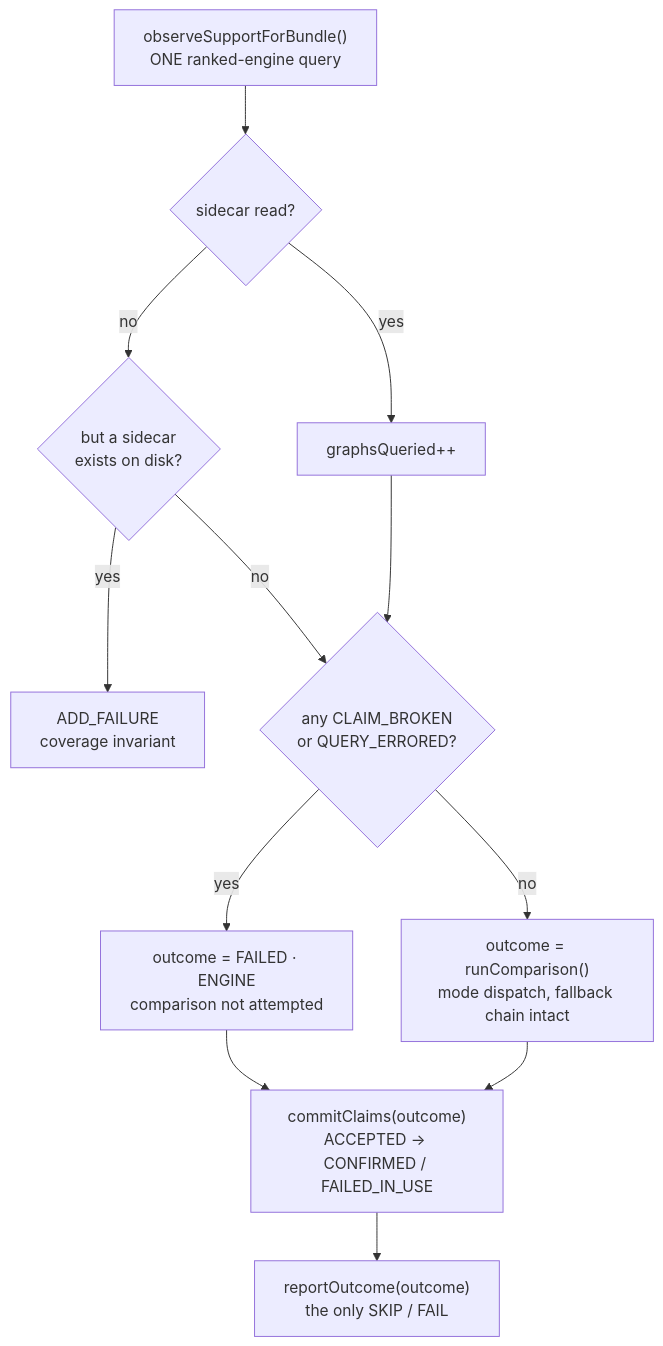
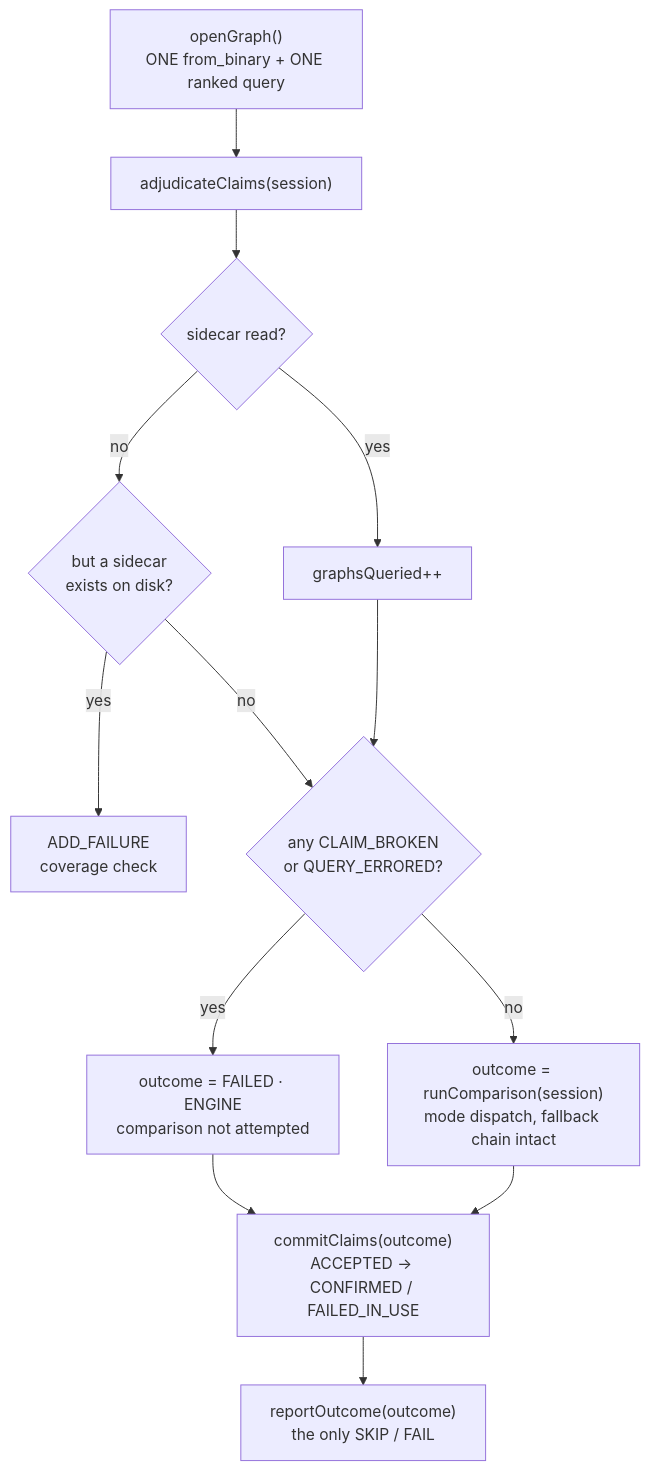
Before and after one commit to ROCm/rocm-libraries: the diagram in dnn-providers/integration-tests/docs/support-claim-enforcement.md, drawn with Mermaid. The commit also changed other lines of this file and 17 other files, not shown here.

First line of the commit message:
refactor(integration-tests): build the graph once and pass it as an argument

````diff
--- a/dnn-providers/integration-tests/docs/support-claim-enforcement.md
+++ b/dnn-providers/integration-tests/docs/support-claim-enforcement.md
@@ -118,14 +118,15 @@
 ```mermaid
 graph TD
-  A["observeSupportForBundle()<br/>ONE ranked-engine query"] --> B{"sidecar read?"}
+  Z["openGraph()<br/>ONE from_binary + ONE ranked query"] --> A["adjudicateClaims(session)"]
+  A --> B{"sidecar read?"}
   B -->|yes| C["graphsQueried++"]
   B -->|no| D{"but a sidecar<br/>exists on disk?"}
-  D -->|yes| E["ADD_FAILURE<br/>coverage invariant"]
+  D -->|yes| E["ADD_FAILURE<br/>coverage check"]
   D -->|no| F
   C --> F{"any CLAIM_BROKEN<br/>or QUERY_ERRORED?"}
   F -->|yes| G["outcome = FAILED · ENGINE<br/>comparison not attempted"]
-  F -->|no| H["outcome = runComparison()<br/>mode dispatch, fallback chain intact"]
+  F -->|no| H["outcome = runComparison(session)<br/>mode dispatch, fallback chain intact"]
   G --> I["commitClaims(outcome)<br/>ACCEPTED → CONFIRMED / FAILED_IN_USE"]
   H --> I
   I --> J["reportOutcome(outcome)<br/>the only SKIP / FAIL"]
 ```
````
